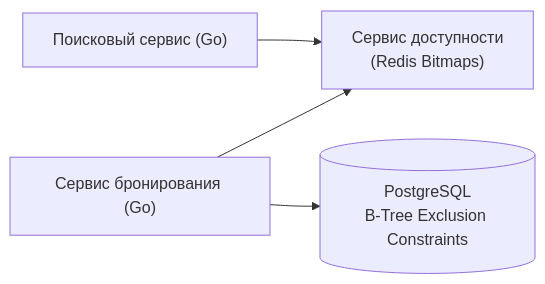
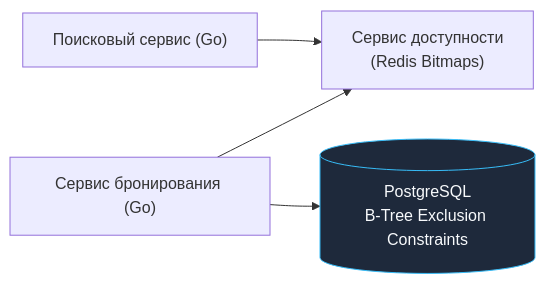
Before and after one commit to UnrealTemplier/go-textbook: the ninth of 10 diagrams in sources/11. Архитектура и System Design/52. Разбор типичных System Design задач.md, drawn with Mermaid. The commit also changed other lines of this file and 1666 other files, not shown here.

First line of the commit message:
feat(mermaid): add semantic color classDef to 1369 colorless flowchart/graph diagrams

````diff
--- a/sources/11. Архитектура и System Design/52. Разбор типичных System Design задач.md
+++ b/sources/11. Архитектура и System Design/52. Разбор типичных System Design задач.md
@@ -408,11 +488,21 @@
 ```mermaid
 flowchart LR
+    classDef process  fill:#1e293b,stroke:#38bdf8,stroke-width:1px,color:#f8fafc
+    classDef success  fill:#064e3b,stroke:#34d399,stroke-width:1px,color:#f8fafc
+    classDef error    fill:#7f1d1d,stroke:#f87171,stroke-width:1px,color:#f8fafc
+    classDef warning  fill:#78350f,stroke:#fbbf24,stroke-width:1px,color:#f8fafc
+    classDef entry    fill:#1e3a5f,stroke:#38bdf8,stroke-width:2px,color:#f8fafc
+    classDef aux      fill:#334155,stroke:#64748b,stroke-width:1px,color:#f8fafc
+    classDef system   fill:#312e81,stroke:#a78bfa,stroke-width:1px,color:#f8fafc
+    classDef data     fill:#132d29,stroke:#2dd4bf,stroke-width:1px,color:#f8fafc
+    classDef network  fill:#881337,stroke:#fb7185,stroke-width:1px,color:#f8fafc
+    classDef accent   fill:#1e1b4b,stroke:#818cf8,stroke-width:1px,color:#f8fafc
     Search["Поисковый сервис (Go)"]
     Calendar["Сервис доступности<br>(Redis Bitmaps)"]
     Booking["Сервис бронирования (Go)"]
-    DB[("PostgreSQL<br>B-Tree Exclusion Constraints")]
+    DB[("PostgreSQL<br>B-Tree Exclusion Constraints")]:::process
 
     Search --> Calendar
     Booking --> Calendar
     Booking --> DB
 ```
````
